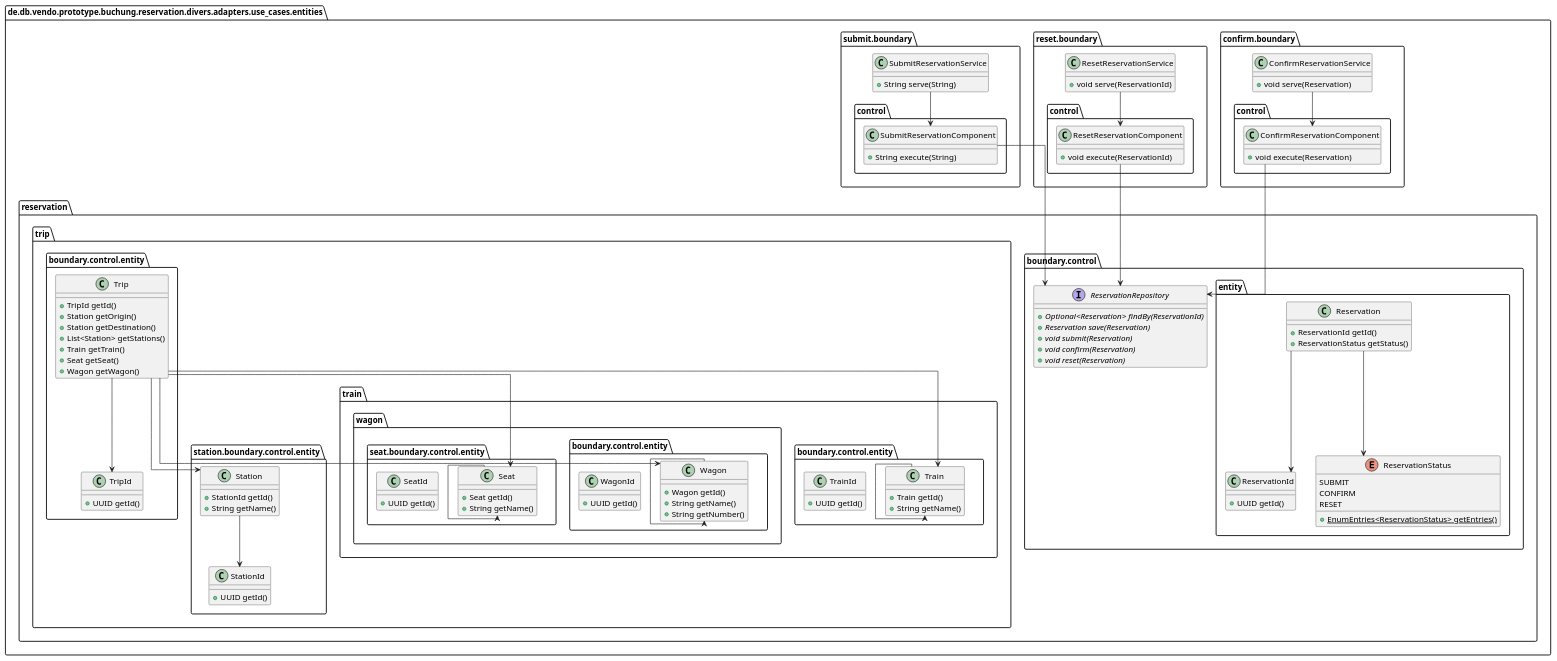
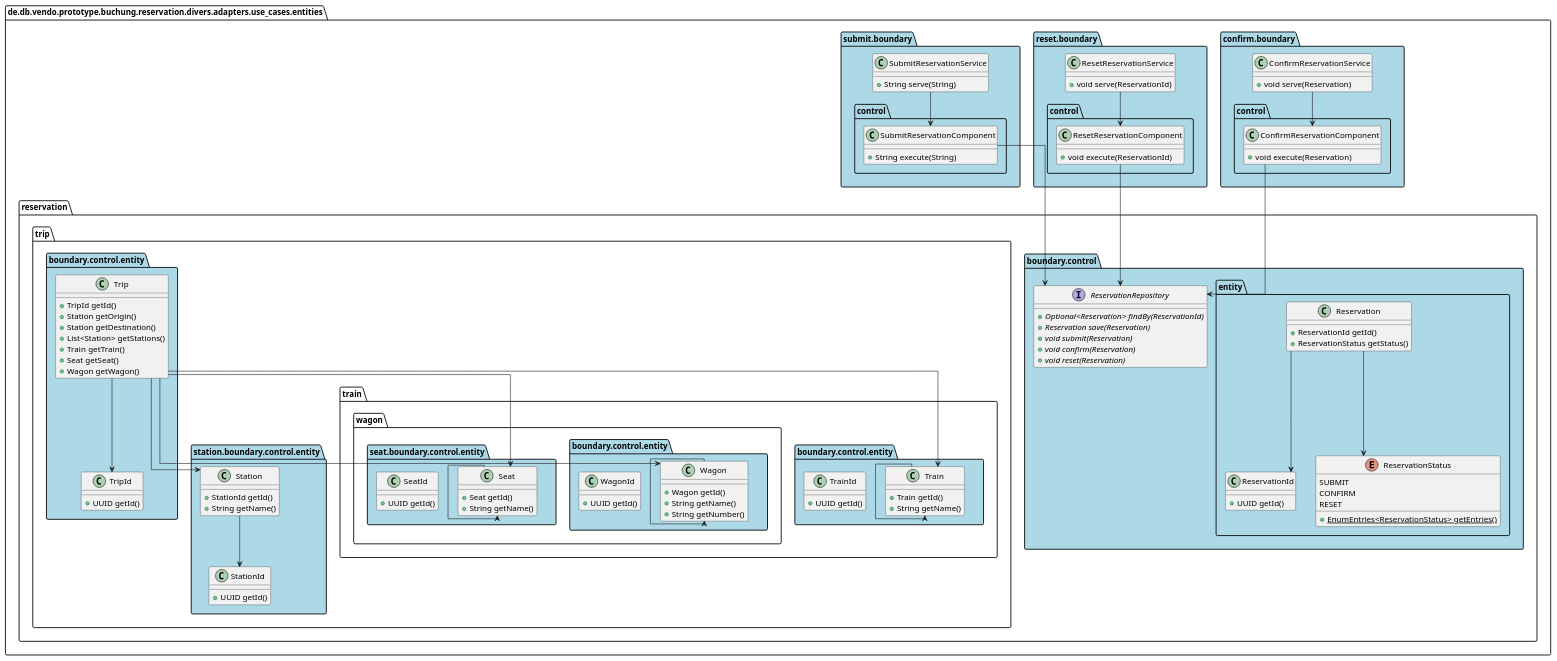
The diagram in doc/uml/puml/entities.puml (punkratz312/reservation-proto), drawn with PlantUML before and after one commit. The commit also changed 12 other files, not shown here.

```diff
--- a/doc/uml/puml/entities.puml
+++ b/doc/uml/puml/entities.puml
@@ -1,103 +1,127 @@
 @startuml
 !pragma useIntermediatePackages false
 skinparam linetype ortho
 show stereotype
+package boundary as de.db.vendo.prototype.buchung.reservation.divers.adapters.use_cases.entities.confirm.boundary #lightblue {}
+package control as de.db.vendo.prototype.buchung.reservation.divers.adapters.use_cases.entities.confirm.boundary.control #lightblue {}
+package boundary as de.db.vendo.prototype.buchung.reservation.divers.adapters.use_cases.entities.reservation.boundary #lightblue {}
+package control as de.db.vendo.prototype.buchung.reservation.divers.adapters.use_cases.entities.reservation.boundary.control #lightblue {}
+package entity as de.db.vendo.prototype.buchung.reservation.divers.adapters.use_cases.entities.reservation.boundary.control.entity #lightblue {}
+package boundary as de.db.vendo.prototype.buchung.reservation.divers.adapters.use_cases.entities.reservation.trip.boundary #lightblue {}
+package control as de.db.vendo.prototype.buchung.reservation.divers.adapters.use_cases.entities.reservation.trip.boundary.control #lightblue {}
+package entity as de.db.vendo.prototype.buchung.reservation.divers.adapters.use_cases.entities.reservation.trip.boundary.control.entity #lightblue {}
+package boundary as de.db.vendo.prototype.buchung.reservation.divers.adapters.use_cases.entities.reservation.trip.station.boundary #lightblue {}
+package control as de.db.vendo.prototype.buchung.reservation.divers.adapters.use_cases.entities.reservation.trip.station.boundary.control #lightblue {}
+package entity as de.db.vendo.prototype.buchung.reservation.divers.adapters.use_cases.entities.reservation.trip.station.boundary.control.entity #lightblue {}
+package boundary as de.db.vendo.prototype.buchung.reservation.divers.adapters.use_cases.entities.reservation.trip.train.boundary #lightblue {}
+package control as de.db.vendo.prototype.buchung.reservation.divers.adapters.use_cases.entities.reservation.trip.train.boundary.control #lightblue {}
+package entity as de.db.vendo.prototype.buchung.reservation.divers.adapters.use_cases.entities.reservation.trip.train.boundary.control.entity #lightblue {}
+package boundary as de.db.vendo.prototype.buchung.reservation.divers.adapters.use_cases.entities.reservation.trip.train.wagon.boundary #lightblue {}
+package control as de.db.vendo.prototype.buchung.reservation.divers.adapters.use_cases.entities.reservation.trip.train.wagon.boundary.control #lightblue {}
+package entity as de.db.vendo.prototype.buchung.reservation.divers.adapters.use_cases.entities.reservation.trip.train.wagon.boundary.control.entity #lightblue {}
+package boundary as de.db.vendo.prototype.buchung.reservation.divers.adapters.use_cases.entities.reservation.trip.train.wagon.seat.boundary #lightblue {}
+package control as de.db.vendo.prototype.buchung.reservation.divers.adapters.use_cases.entities.reservation.trip.train.wagon.seat.boundary.control #lightblue {}
+package entity as de.db.vendo.prototype.buchung.reservation.divers.adapters.use_cases.entities.reservation.trip.train.wagon.seat.boundary.control.entity #lightblue {}
+package boundary as de.db.vendo.prototype.buchung.reservation.divers.adapters.use_cases.entities.reset.boundary #lightblue {}
+package control as de.db.vendo.prototype.buchung.reservation.divers.adapters.use_cases.entities.reset.boundary.control #lightblue {}
+package boundary as de.db.vendo.prototype.buchung.reservation.divers.adapters.use_cases.entities.submit.boundary #lightblue {}
+package control as de.db.vendo.prototype.buchung.reservation.divers.adapters.use_cases.entities.submit.boundary.control #lightblue {}
 
 class "ConfirmReservationService" as de.db.vendo.prototype.buchung.reservation.divers.adapters.use_cases.entities.confirm.boundary.ConfirmReservationService {
   +void serve(Reservation)
 }
 class "ConfirmReservationComponent" as de.db.vendo.prototype.buchung.reservation.divers.adapters.use_cases.entities.confirm.boundary.control.ConfirmReservationComponent {
   +void execute(Reservation)
 }
 interface "ReservationRepository" as de.db.vendo.prototype.buchung.reservation.divers.adapters.use_cases.entities.reservation.boundary.control.ReservationRepository {
   + {abstract}Optional<Reservation> findBy(ReservationId)
   + {abstract}Reservation save(Reservation)
   + {abstract}void submit(Reservation)
   + {abstract}void confirm(Reservation)
   + {abstract}void reset(Reservation)
 }
 class "Reservation" as de.db.vendo.prototype.buchung.reservation.divers.adapters.use_cases.entities.reservation.boundary.control.entity.Reservation {
   +ReservationId getId()
   +ReservationStatus getStatus()
 }
 class "ReservationId" as de.db.vendo.prototype.buchung.reservation.divers.adapters.use_cases.entities.reservation.boundary.control.entity.ReservationId {
   +UUID getId()
 }
 enum "ReservationStatus" as de.db.vendo.prototype.buchung.reservation.divers.adapters.use_cases.entities.reservation.boundary.control.entity.ReservationStatus {
   SUBMIT
   CONFIRM
   RESET
   __
   + {static}EnumEntries<ReservationStatus> getEntries()
 }
 class "Trip" as de.db.vendo.prototype.buchung.reservation.divers.adapters.use_cases.entities.reservation.trip.boundary.control.entity.Trip {
   +TripId getId()
   +Station getOrigin()
   +Station getDestination()
   +List<Station> getStations()
   +Train getTrain()
   +Seat getSeat()
   +Wagon getWagon()
 }
 class "TripId" as de.db.vendo.prototype.buchung.reservation.divers.adapters.use_cases.entities.reservation.trip.boundary.control.entity.TripId {
   +UUID getId()
 }
 class "Station" as de.db.vendo.prototype.buchung.reservation.divers.adapters.use_cases.entities.reservation.trip.station.boundary.control.entity.Station {
   +StationId getId()
   +String getName()
 }
 class "StationId" as de.db.vendo.prototype.buchung.reservation.divers.adapters.use_cases.entities.reservation.trip.station.boundary.control.entity.StationId {
   +UUID getId()
 }
 class "Train" as de.db.vendo.prototype.buchung.reservation.divers.adapters.use_cases.entities.reservation.trip.train.boundary.control.entity.Train {
   +Train getId()
   +String getName()
 }
 class "TrainId" as de.db.vendo.prototype.buchung.reservation.divers.adapters.use_cases.entities.reservation.trip.train.boundary.control.entity.TrainId {
   +UUID getId()
 }
 class "Wagon" as de.db.vendo.prototype.buchung.reservation.divers.adapters.use_cases.entities.reservation.trip.train.wagon.boundary.control.entity.Wagon {
   +Wagon getId()
   +String getName()
   +String getNumber()
 }
 class "WagonId" as de.db.vendo.prototype.buchung.reservation.divers.adapters.use_cases.entities.reservation.trip.train.wagon.boundary.control.entity.WagonId {
   +UUID getId()
 }
 class "Seat" as de.db.vendo.prototype.buchung.reservation.divers.adapters.use_cases.entities.reservation.trip.train.wagon.seat.boundary.control.entity.Seat {
   +Seat getId()
   +String getName()
 }
 class "SeatId" as de.db.vendo.prototype.buchung.reservation.divers.adapters.use_cases.entities.reservation.trip.train.wagon.seat.boundary.control.entity.SeatId {
   +UUID getId()
 }
 class "ResetReservationService" as de.db.vendo.prototype.buchung.reservation.divers.adapters.use_cases.entities.reset.boundary.ResetReservationService {
   +void serve(ReservationId)
 }
 class "ResetReservationComponent" as de.db.vendo.prototype.buchung.reservation.divers.adapters.use_cases.entities.reset.boundary.control.ResetReservationComponent {
   +void execute(ReservationId)
 }
 class "SubmitReservationService" as de.db.vendo.prototype.buchung.reservation.divers.adapters.use_cases.entities.submit.boundary.SubmitReservationService {
   +String serve(String)
 }
 class "SubmitReservationComponent" as de.db.vendo.prototype.buchung.reservation.divers.adapters.use_cases.entities.submit.boundary.control.SubmitReservationComponent {
   +String execute(String)
 }
 de.db.vendo.prototype.buchung.reservation.divers.adapters.use_cases.entities.confirm.boundary.ConfirmReservationService --> de.db.vendo.prototype.buchung.reservation.divers.adapters.use_cases.entities.confirm.boundary.control.ConfirmReservationComponent
 de.db.vendo.prototype.buchung.reservation.divers.adapters.use_cases.entities.confirm.boundary.control.ConfirmReservationComponent --> de.db.vendo.prototype.buchung.reservation.divers.adapters.use_cases.entities.reservation.boundary.control.ReservationRepository
 de.db.vendo.prototype.buchung.reservation.divers.adapters.use_cases.entities.reservation.boundary.control.entity.Reservation --> de.db.vendo.prototype.buchung.reservation.divers.adapters.use_cases.entities.reservation.boundary.control.entity.ReservationId
 de.db.vendo.prototype.buchung.reservation.divers.adapters.use_cases.entities.reservation.boundary.control.entity.Reservation --> de.db.vendo.prototype.buchung.reservation.divers.adapters.use_cases.entities.reservation.boundary.control.entity.ReservationStatus
 de.db.vendo.prototype.buchung.reservation.divers.adapters.use_cases.entities.reservation.trip.boundary.control.entity.Trip --> de.db.vendo.prototype.buchung.reservation.divers.adapters.use_cases.entities.reservation.trip.boundary.control.entity.TripId
 de.db.vendo.prototype.buchung.reservation.divers.adapters.use_cases.entities.reservation.trip.boundary.control.entity.Trip --> de.db.vendo.prototype.buchung.reservation.divers.adapters.use_cases.entities.reservation.trip.station.boundary.control.entity.Station
 de.db.vendo.prototype.buchung.reservation.divers.adapters.use_cases.entities.reservation.trip.boundary.control.entity.Trip --> de.db.vendo.prototype.buchung.reservation.divers.adapters.use_cases.entities.reservation.trip.train.wagon.seat.boundary.control.entity.Seat
 de.db.vendo.prototype.buchung.reservation.divers.adapters.use_cases.entities.reservation.trip.boundary.control.entity.Trip --> de.db.vendo.prototype.buchung.reservation.divers.adapters.use_cases.entities.reservation.trip.train.boundary.control.entity.Train
 de.db.vendo.prototype.buchung.reservation.divers.adapters.use_cases.entities.reservation.trip.boundary.control.entity.Trip --> de.db.vendo.prototype.buchung.reservation.divers.adapters.use_cases.entities.reservation.trip.train.wagon.boundary.control.entity.Wagon
 de.db.vendo.prototype.buchung.reservation.divers.adapters.use_cases.entities.reservation.trip.station.boundary.control.entity.Station --> de.db.vendo.prototype.buchung.reservation.divers.adapters.use_cases.entities.reservation.trip.station.boundary.control.entity.StationId
 de.db.vendo.prototype.buchung.reservation.divers.adapters.use_cases.entities.reservation.trip.train.boundary.control.entity.Train --> de.db.vendo.prototype.buchung.reservation.divers.adapters.use_cases.entities.reservation.trip.train.boundary.control.entity.Train
 de.db.vendo.prototype.buchung.reservation.divers.adapters.use_cases.entities.reservation.trip.train.wagon.boundary.control.entity.Wagon --> de.db.vendo.prototype.buchung.reservation.divers.adapters.use_cases.entities.reservation.trip.train.wagon.boundary.control.entity.Wagon
 de.db.vendo.prototype.buchung.reservation.divers.adapters.use_cases.entities.reservation.trip.train.wagon.seat.boundary.control.entity.Seat --> de.db.vendo.prototype.buchung.reservation.divers.adapters.use_cases.entities.reservation.trip.train.wagon.seat.boundary.control.entity.Seat
 de.db.vendo.prototype.buchung.reservation.divers.adapters.use_cases.entities.reset.boundary.ResetReservationService --> de.db.vendo.prototype.buchung.reservation.divers.adapters.use_cases.entities.reset.boundary.control.ResetReservationComponent
 de.db.vendo.prototype.buchung.reservation.divers.adapters.use_cases.entities.reset.boundary.control.ResetReservationComponent --> de.db.vendo.prototype.buchung.reservation.divers.adapters.use_cases.entities.reservation.boundary.control.ReservationRepository
 de.db.vendo.prototype.buchung.reservation.divers.adapters.use_cases.entities.submit.boundary.SubmitReservationService --> de.db.vendo.prototype.buchung.reservation.divers.adapters.use_cases.entities.submit.boundary.control.SubmitReservationComponent
 de.db.vendo.prototype.buchung.reservation.divers.adapters.use_cases.entities.submit.boundary.control.SubmitReservationComponent --> de.db.vendo.prototype.buchung.reservation.divers.adapters.use_cases.entities.reservation.boundary.control.ReservationRepository
 @enduml
```
